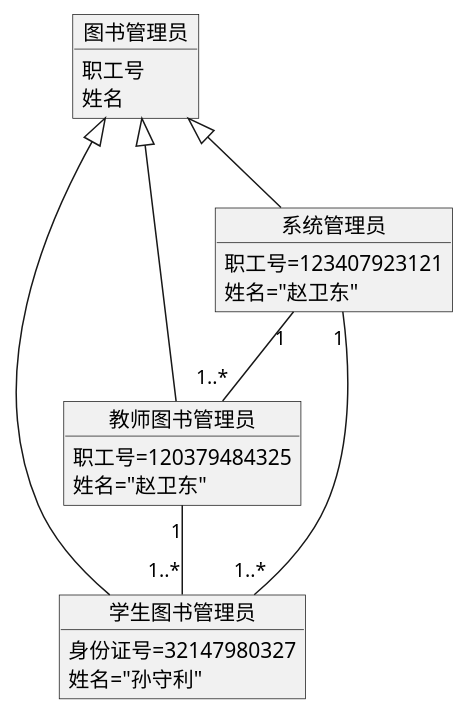
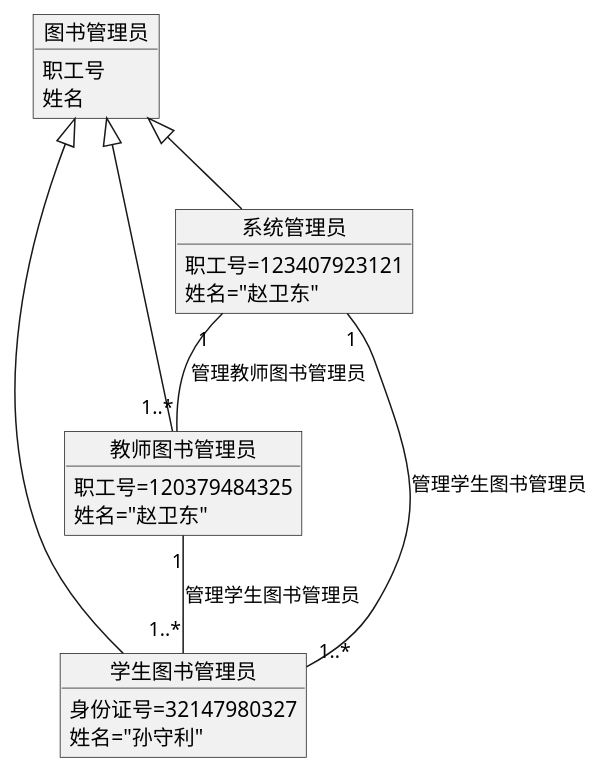
One commit to Neddy1995/is_analysis changed the diagram in test3/object3.puml. Above: the diagram before and after it, drawn with PlantUML.

Commit message:
作业项目

```diff
--- a/test3/object3.puml
+++ b/test3/object3.puml
@@ -1,24 +1,24 @@
 @startuml
 object 图书管理员{
     职工号
     姓名
 }
 object 学生图书管理员{
     身份证号=32147980327
     姓名="孙守利"
 }
 object 教师图书管理员{
     职工号=120379484325
     姓名="赵卫东"
 }
 object 系统管理员{
     职工号=123407923121
     姓名="赵卫东"
 }
 图书管理员 <|-- 学生图书管理员
 图书管理员 <|-- 教师图书管理员
 图书管理员 <|-- 系统管理员
-系统管理员 "1"-- "1..*"学生图书管理员
-系统管理员 "1"-- "1..*"教师图书管理员
-教师图书管理员 "1"-- "1..*"学生图书管理员
+系统管理员 "1"-- "1..*"学生图书管理员:管理学生图书管理员
+系统管理员 "1"-- "1..*"教师图书管理员:管理教师图书管理员
+教师图书管理员 "1"-- "1..*"学生图书管理员:管理学生图书管理员
 @enduml
```
